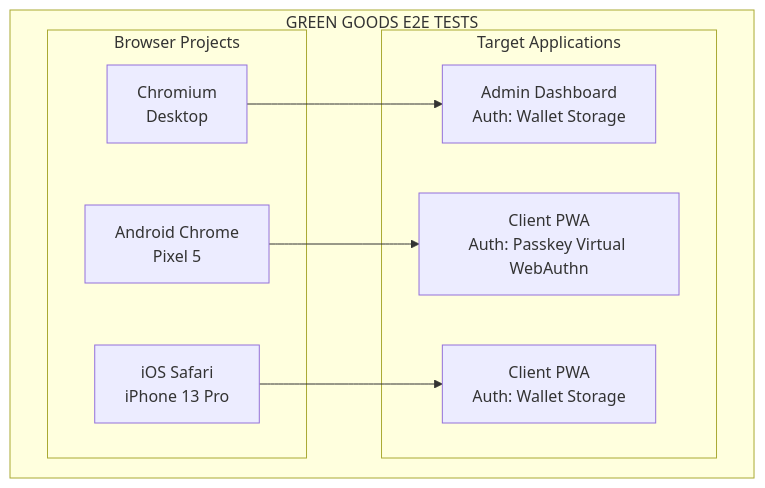
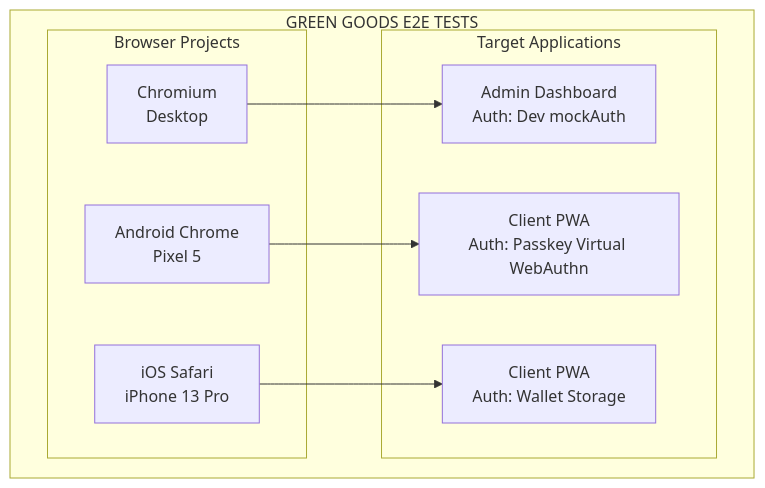
The first of 2 diagrams in tests/ARCHITECTURE.md (greenpill-dev-guild/green-goods), drawn with Mermaid before and after one commit. The commit also changed other lines of this file and 145 other files, not shown here.

````diff
--- a/tests/ARCHITECTURE.md
+++ b/tests/ARCHITECTURE.md
@@ -11,20 +11,20 @@
 ```mermaid
 graph TD
   subgraph Tests["GREEN GOODS E2E TESTS"]
     subgraph Browsers["Browser Projects"]
       CH[Chromium<br/>Desktop]
       AC[Android Chrome<br/>Pixel 5]
       IS[iOS Safari<br/>iPhone 13 Pro]
     end
 
     subgraph Apps["Target Applications"]
-      AD[Admin Dashboard<br/>Auth: Wallet Storage]
+      AD[Admin Dashboard<br/>Auth: Dev mockAuth]
       CP1[Client PWA<br/>Auth: Passkey Virtual WebAuthn]
       CP2[Client PWA<br/>Auth: Wallet Storage]
     end
 
     CH --> AD
     AC --> CP1
     IS --> CP2
   end
 ```
````
